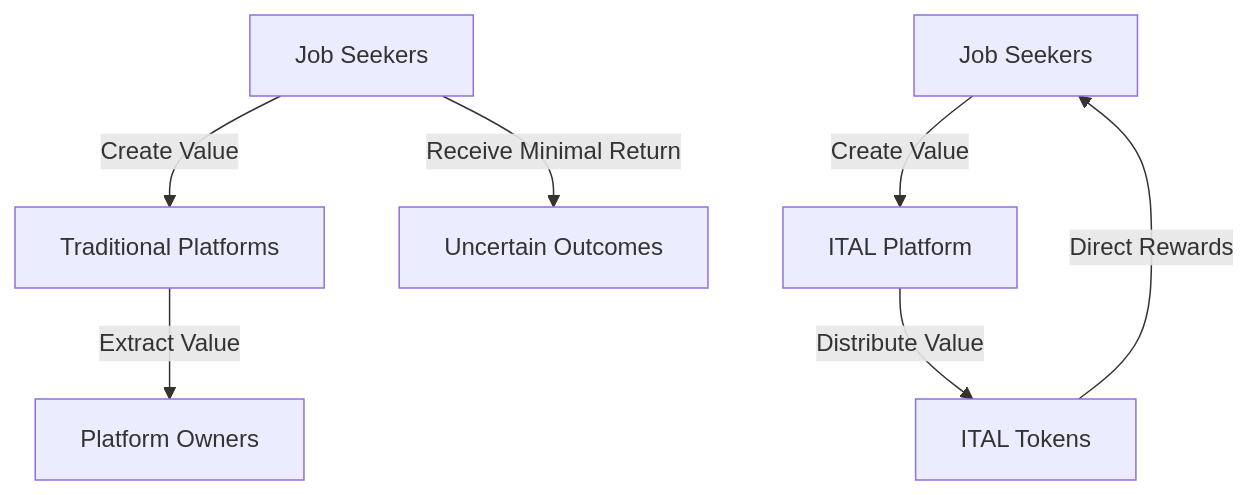
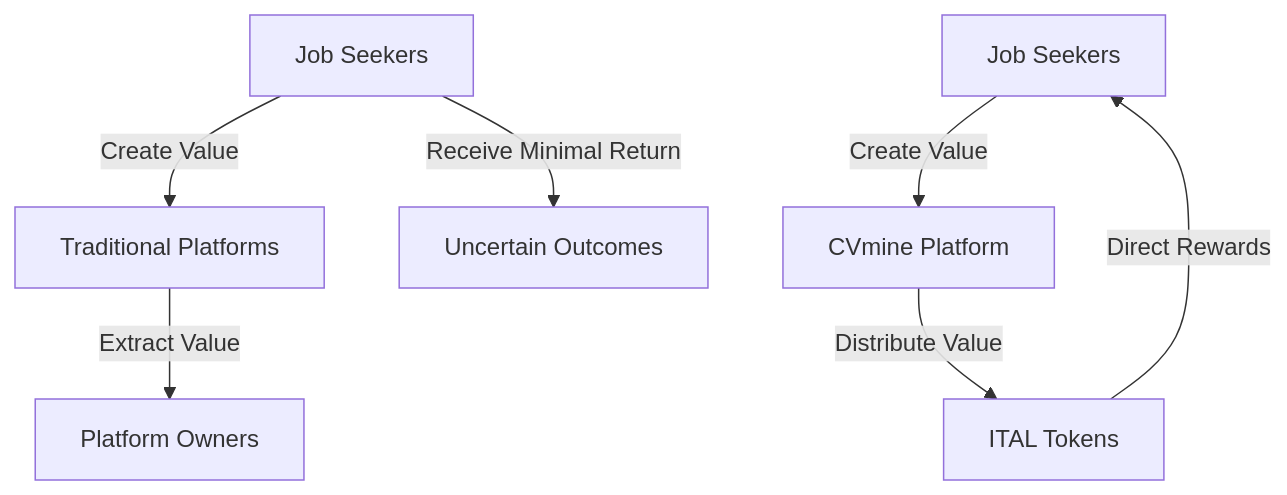
One commit to karthikhosur/italtoken changed the first of 17 diagrams in whitepaper.md. Above: the diagram before and after it, drawn with Mermaid. The commit also changed other lines of this file, not shown here.

````diff
--- a/whitepaper.md
+++ b/whitepaper.md
@@ -11,10 +11,10 @@
 ```mermaid
 graph TD
     A[Job Seekers] -->|Create Value| B[Traditional Platforms]
     B -->|Extract Value| C[Platform Owners]
     A -->|Receive Minimal Return| D[Uncertain Outcomes]
     
-    E[Job Seekers] -->|Create Value| F[ITAL Platform]
+    E[Job Seekers] -->|Create Value| F[CVmine Platform]
     F -->|Distribute Value| G[ITAL Tokens]
     G -->|Direct Rewards| E
 ```
````
